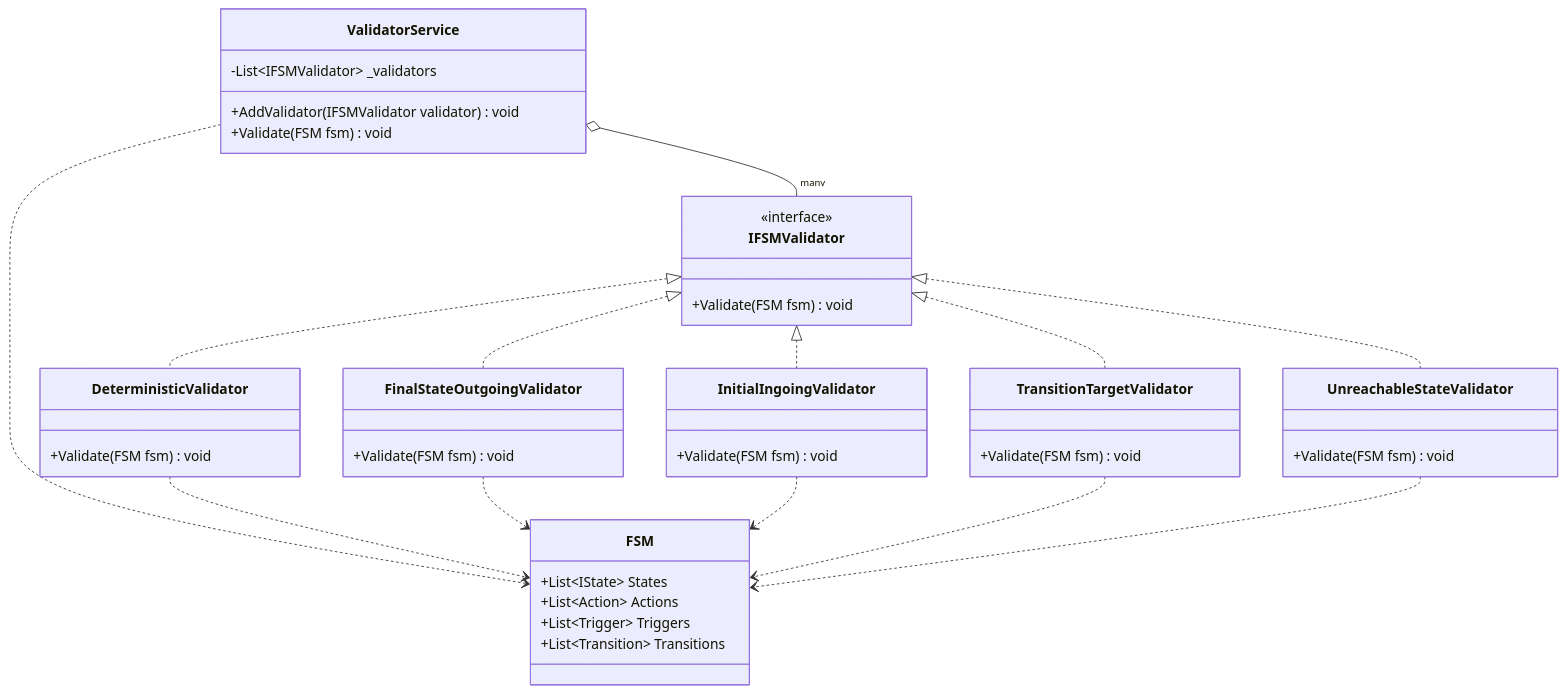
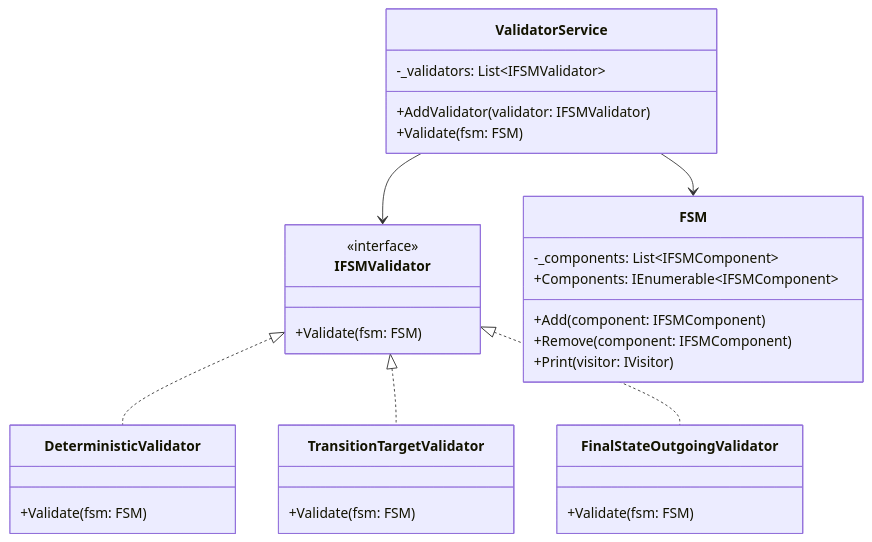
Before and after one commit to Barthol1/Avans-DPAT-2425: the sixth of 6 diagrams in README.md, drawn with Mermaid. The commit also changed other lines of this file and 8 other files, not shown here.

Commit message:
Remove unused validators and clean up code in FSMBuilder and FSMDirector. Update visitor output formatting for better readability. Adjust tests to reflect changes in validation logic.

````diff
--- a/README.md
+++ b/README.md
@@ -433,53 +406,40 @@
 ```mermaid
 classDiagram
     class IFSMValidator {
         <<interface>>
-        +Validate(FSM fsm) void
+        +Validate(fsm: FSM)
     }
-    
+
     class ValidatorService {
-        -List~IFSMValidator~ _validators
-        +AddValidator(IFSMValidator validator) void
-        +Validate(FSM fsm) void
+        -_validators: List~IFSMValidator~
+        +AddValidator(validator: IFSMValidator)
+        +Validate(fsm: FSM)
     }
-    
+
     class DeterministicValidator {
-        +Validate(FSM fsm) void
+        +Validate(fsm: FSM)
     }
-    
+
+    class TransitionTargetValidator {
+        +Validate(fsm: FSM)
+    }
+
     class FinalStateOutgoingValidator {
-        +Validate(FSM fsm) void
+        +Validate(fsm: FSM)
     }
-    
-    class InitialIngoingValidator {
-        +Validate(FSM fsm) void
+
+    class FSM {
+        -_components: List~IFSMComponent~
+        +Components: IEnumerable~IFSMComponent~
+        +Add(component: IFSMComponent)
+        +Remove(component: IFSMComponent)
+        +Print(visitor: IVisitor)
     }
-    
-    class TransitionTargetValidator {
-        +Validate(FSM fsm) void
-    }
-    
-    class UnreachableStateValidator {
-        +Validate(FSM fsm) void
-    }
-    
-    class FSM {
-        +List~IState~ States
-        +List~Action~ Actions
-        +List~Trigger~ Triggers
-        +List~Transition~ Transitions
-    }
-    
+
     IFSMValidator <|.. DeterministicValidator
+    IFSMValidator <|.. TransitionTargetValidator
     IFSMValidator <|.. FinalStateOutgoingValidator
-    IFSMValidator <|.. InitialIngoingValidator
-    IFSMValidator <|.. TransitionTargetValidator
-    IFSMValidator <|.. UnreachableStateValidator
-    ValidatorService o-- "many" IFSMValidator
-    ValidatorService ..> FSM
-    DeterministicValidator ..> FSM
-    FinalStateOutgoingValidator ..> FSM
-    InitialIngoingValidator ..> FSM
-    TransitionTargetValidator ..> FSM
-    UnreachableStateValidator ..> FSM
+
+    ValidatorService --> IFSMValidator
+    ValidatorService --> FSM
 ```
````
